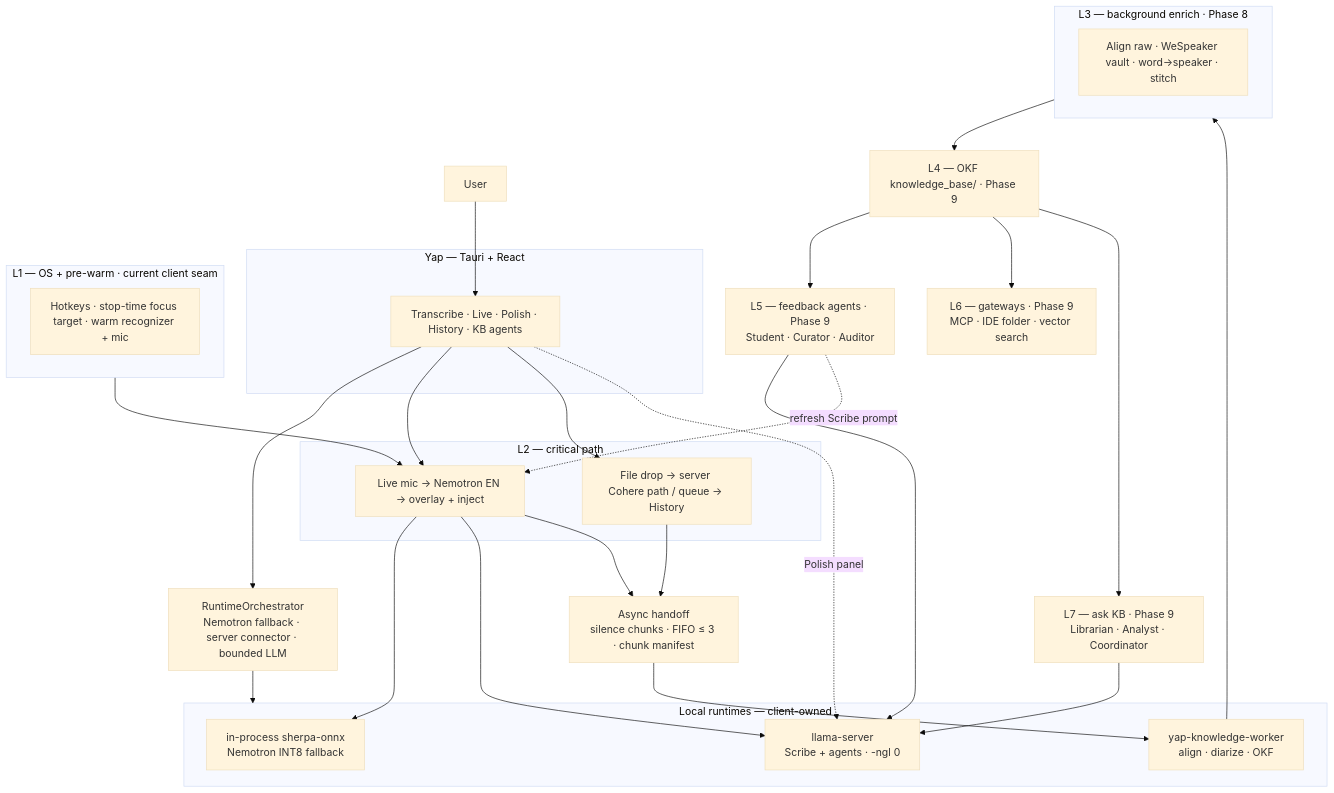
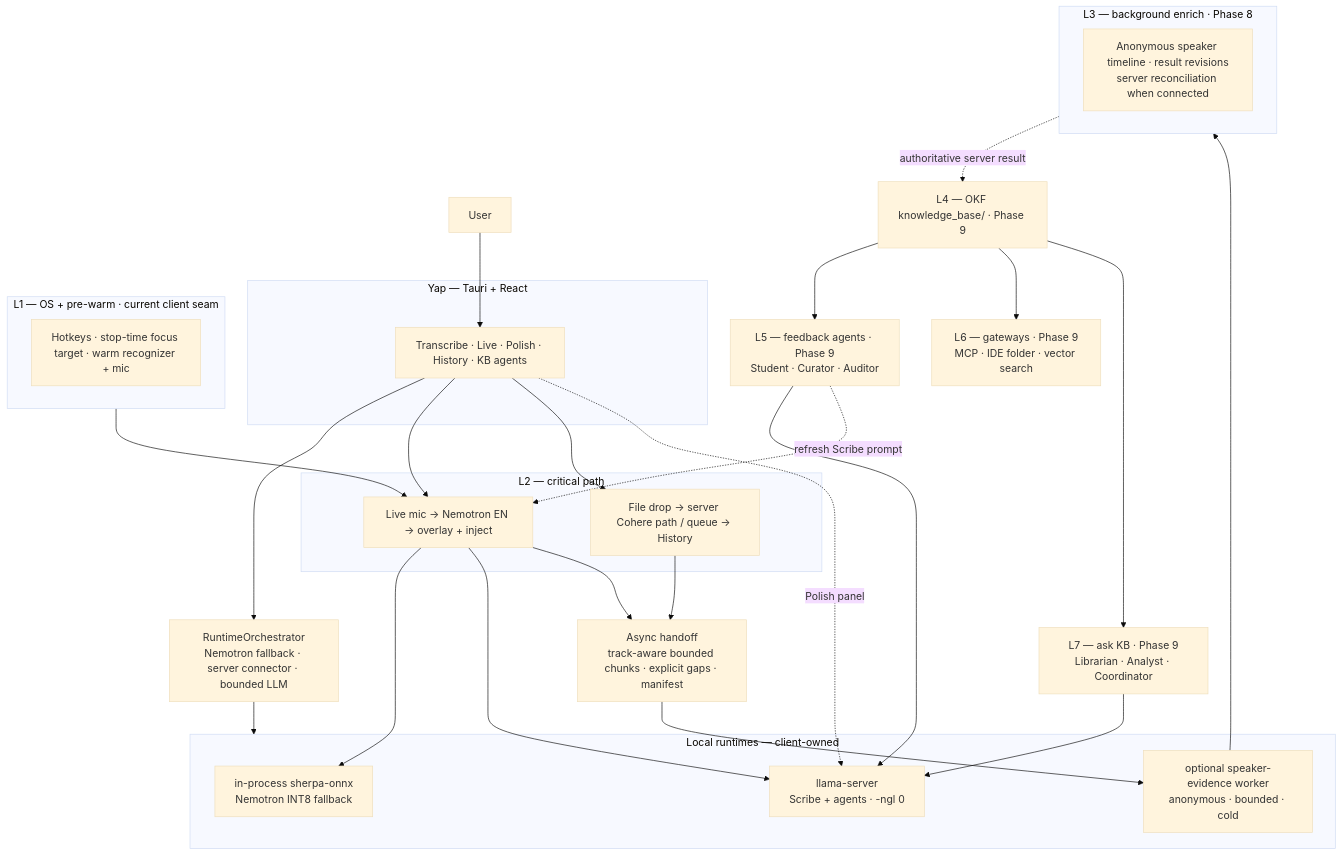
Before and after one commit to mcnatg1/yap: the first of 4 diagrams in docs/VOICE-OS-ARCHITECTURE.md, drawn with Mermaid (base theme). The commit also changed other lines of this file and 16 other files, not shown here.

Commit message:
docs: define source-aware diarization architecture

````diff
--- a/docs/VOICE-OS-ARCHITECTURE.md
+++ b/docs/VOICE-OS-ARCHITECTURE.md
@@ -109,51 +109,52 @@
 ```mermaid
 flowchart TB
     User["User"]
 
     subgraph Yap["Yap — Tauri + React"]
         UI["Transcribe · Live · Polish · History · KB agents"]
     end
 
     Orch["RuntimeOrchestrator<br/>Nemotron fallback · server connector · bounded LLM"]
 
     subgraph Sidecars["Local runtimes — client-owned"]
         CR["in-process sherpa-onnx<br/>Nemotron INT8 fallback"]
         LL["llama-server<br/>Scribe + agents · -ngl 0"]
-        KW["yap-knowledge-worker<br/>align · diarize · OKF"]
+        KW["optional speaker-evidence worker<br/>anonymous · bounded · cold"]
     end
 
     subgraph L1["L1 — OS + pre-warm · current client seam"]
         L1n["Hotkeys · stop-time focus target · warm recognizer + mic"]
     end
 
     subgraph L2["L2 — critical path"]
         Live["Live mic → Nemotron EN → overlay + inject"]
         Batch["File drop → server Cohere path / queue → History"]
     end
 
-    Handoff["Async handoff<br/>silence chunks · FIFO ≤ 3 · chunk manifest"]
+    Handoff["Async handoff<br/>track-aware bounded chunks · explicit gaps · manifest"]
 
     subgraph L3["L3 — background enrich · Phase 8"]
-        L3n["Align raw · WeSpeaker vault · word→speaker · stitch"]
+        L3n["Anonymous speaker timeline · result revisions<br/>server reconciliation when connected"]
     end
 
     L4["L4 — OKF knowledge_base/ · Phase 9"]
     L5["L5 — feedback agents · Phase 9<br/>Student · Curator · Auditor"]
     L6["L6 — gateways · Phase 9<br/>MCP · IDE folder · vector search"]
     L7["L7 — ask KB · Phase 9<br/>Librarian · Analyst · Coordinator"]
 
     User --> UI --> Orch
     Orch --> Sidecars
     L1 --> Live
     UI --> Live
     UI --> Batch
     Live --> CR & LL
     UI -.->|Polish panel| LL
     Live --> Handoff
     Batch --> Handoff
-    Handoff --> KW --> L3 --> L4
+    Handoff --> KW --> L3
+    L3 -.->|authoritative server result| L4
     L4 --> L5 & L6 & L7
     L5 --> LL
     L7 --> LL
     L5 -.->|refresh Scribe prompt| Live
 ```
````
